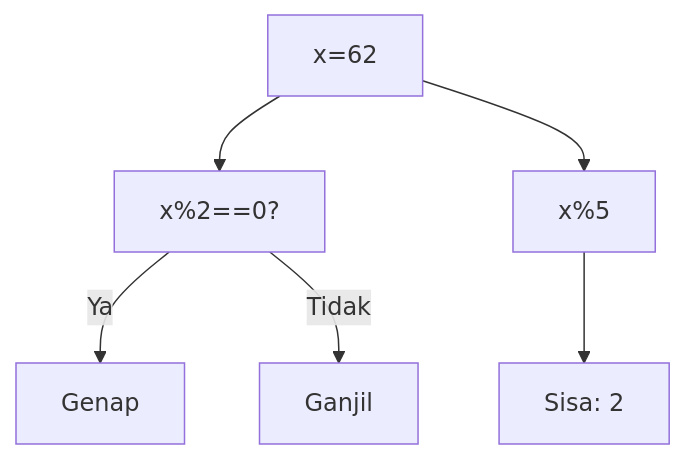
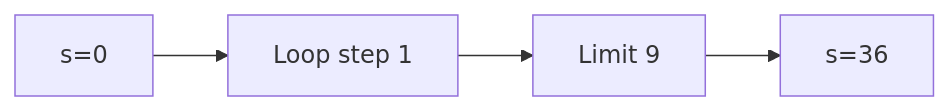
The fifth of 25 diagrams in part-c-pemahaman-cpp/03-perulangan/latihan/set-02.md (amnahwaida/OSNK_INF_PREP), drawn with Mermaid before and after one commit. The commit also changed other lines of this file and 71 other files, not shown here.

````diff
--- a/part-c-pemahaman-cpp/03-perulangan/latihan/set-02.md
+++ b/part-c-pemahaman-cpp/03-perulangan/latihan/set-02.md
@@ -144,8 +129,6 @@
 ```mermaid
-graph TD
-A["x=62"] --> B["x%2==0?"]
-B -- Ya --> C["Genap"]
-B -- Tidak --> D["Ganjil"]
-A --> E["x%5"]
-E --> F["Sisa: 2"]
+graph LR
+A["s=0"] --> B["Loop step 1"]
+B --> C["Limit 9"]
+C --> D["s=36"]
 ```
````
